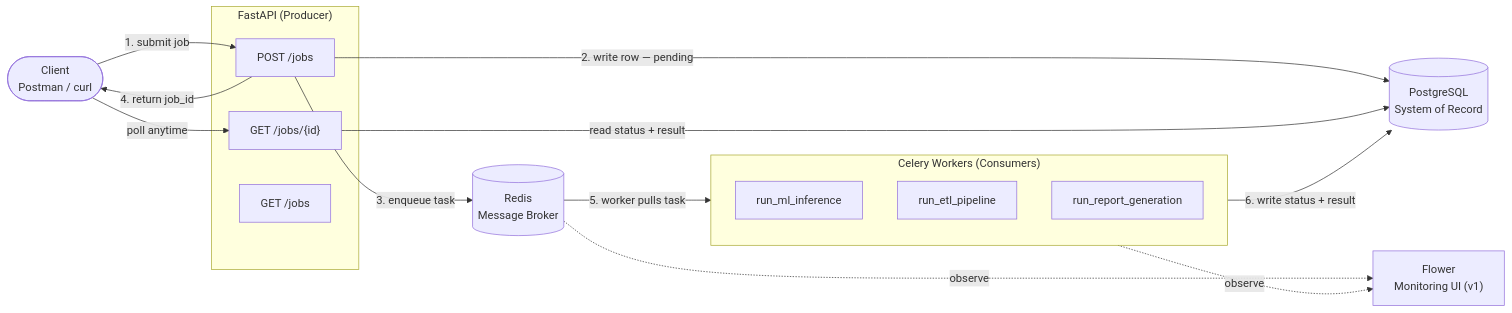
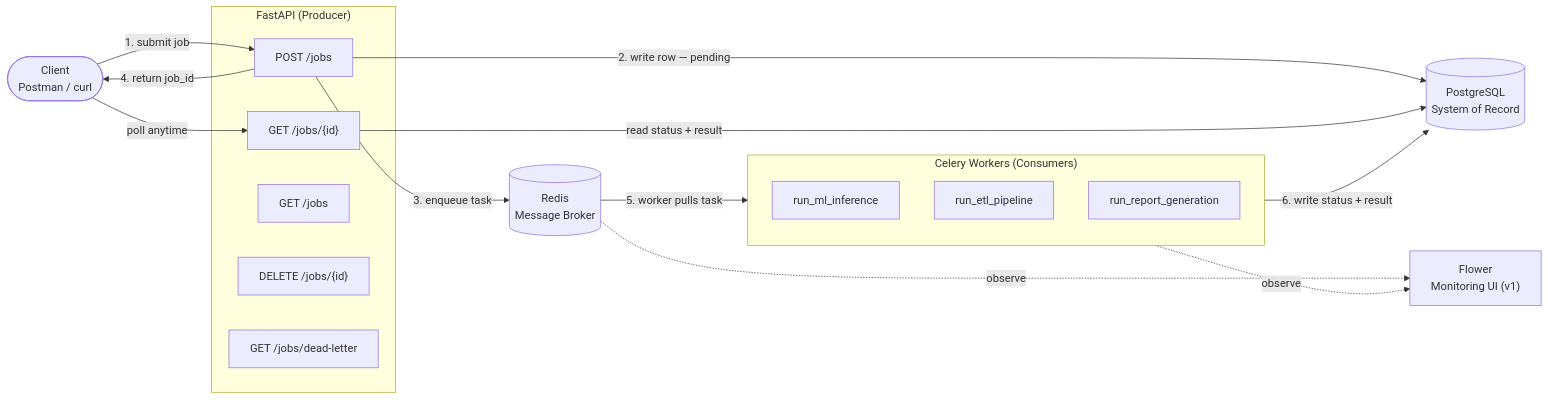
One commit to krishsomi021/Maestro-AI-Powered-Music-Intelligence-Platform changed the first of 2 diagrams in docs/architecture.md. Above: the diagram before and after it, drawn with Mermaid. The commit also changed other lines of this file and 1 other file, not shown here.

First line of the commit message:
docs: update architecture and project status for v1 reliability features

````diff
--- a/docs/architecture.md
+++ b/docs/architecture.md
@@ -22,35 +22,37 @@
 ```mermaid
 flowchart LR
     Client([Client\nPostman / curl])
 
     subgraph API["FastAPI (Producer)"]
         EP1["POST /jobs"]
         EP2["GET /jobs/{id}"]
         EP3["GET /jobs"]
+        EP4["DELETE /jobs/{id}"]
+        EP5["GET /jobs/dead-letter"]
     end
 
     Broker[("Redis\nMessage Broker")]
 
     subgraph Workers["Celery Workers (Consumers)"]
         W1["run_ml_inference"]
         W2["run_etl_pipeline"]
         W3["run_report_generation"]
     end
 
     DB[("PostgreSQL\nSystem of Record")]
     Flower["Flower\nMonitoring UI (v1)"]
 
     Client -->|"1. submit job"| EP1
     EP1 -->|"2. write row — pending"| DB
     EP1 -->|"3. enqueue task"| Broker
     EP1 -->|"4. return job_id"| Client
 
     Broker -->|"5. worker pulls task"| Workers
     Workers -->|"6. write status + result"| DB
 
     Client -->|"poll anytime"| EP2
     EP2 -->|"read status + result"| DB
 
     Broker -.->|"observe"| Flower
     Workers -.->|"observe"| Flower
 ```
````
